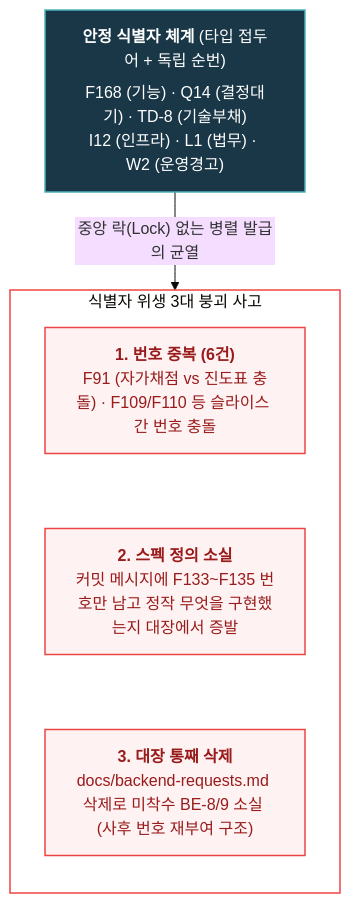
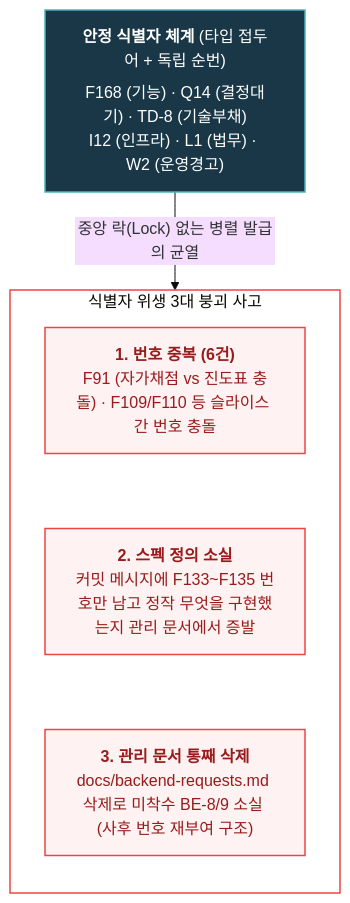
The second of 3 diagrams in _posts/tech/ai-agent-architecture/6 에이전트가 기억상실증입니다만, 문제라도?.md (tomato-vault/tomato-vault.github.io), drawn with Mermaid (base theme) before and after one commit. The commit also changed other lines of this file and 24 other files, not shown here.

````diff
--- a/_posts/tech/ai-agent-architecture/6 에이전트가 기억상실증입니다만, 문제라도?.md
+++ b/_posts/tech/ai-agent-architecture/6 에이전트가 기억상실증입니다만, 문제라도?.md
@@ -203,18 +162,18 @@
 ```mermaid
 flowchart TD
     classDef id fill:#193747,stroke:#4fb1ba,stroke-width:1.5px,color:#fff
     classDef trap fill:#fef2f2,stroke:#ef4444,stroke-width:1.5px,color:#991b1b
 
     ID["<div style='text-align:center;'><b>안정 식별자 체계</b> (타입 접두어 + 독립 순번)</div><hr style='margin:4px 0; border:none; border-top:1px solid #4fb1ba;'/>F168 (기능) · Q14 (결정대기) · TD-8 (기술부채)<br/>I12 (인프라) · L1 (법무) · W2 (운영경고)"]:::id
 
     ID -->|"중앙 락(Lock) 없는 병렬 발급의 균열"| TRAPS
 
     subgraph TRAPS["식별자 위생 3대 붕괴 사고"]
         direction TB
         T1["<b>1. 번호 중복 (6건)</b><br/>F91 (자가채점 vs 진도표 충돌) · F109/F110 등 슬라이스 간 번호 충돌"]:::trap
-        T2["<b>2. 스펙 정의 소실</b><br/>커밋 메시지에 F133~F135 번호만 남고 정작 무엇을 구현했는지 대장에서 증발"]:::trap
-        T3["<b>3. 대장 통째 삭제</b><br/>docs/backend-requests.md 삭제로 미착수 BE-8/9 소실 (사후 번호 재부여 구조)"]:::trap
+        T2["<b>2. 스펙 정의 소실</b><br/>커밋 메시지에 F133~F135 번호만 남고 정작 무엇을 구현했는지 관리 문서에서 증발"]:::trap
+        T3["<b>3. 관리 문서 통째 삭제</b><br/>docs/backend-requests.md 삭제로 미착수 BE-8/9 소실 (사후 번호 재부여 구조)"]:::trap
         T1 ~~~ T2 ~~~ T3
     end
     style TRAPS fill:#fff,stroke:#ef4444,stroke-width:1.5px
 ```
````
